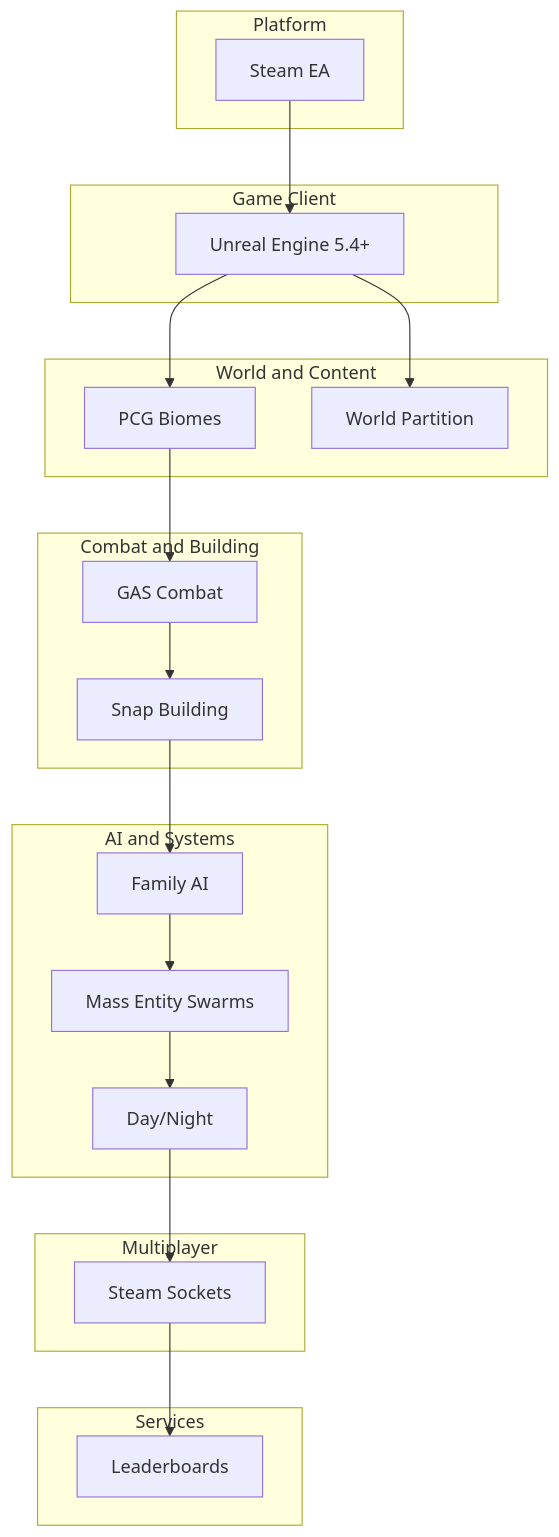
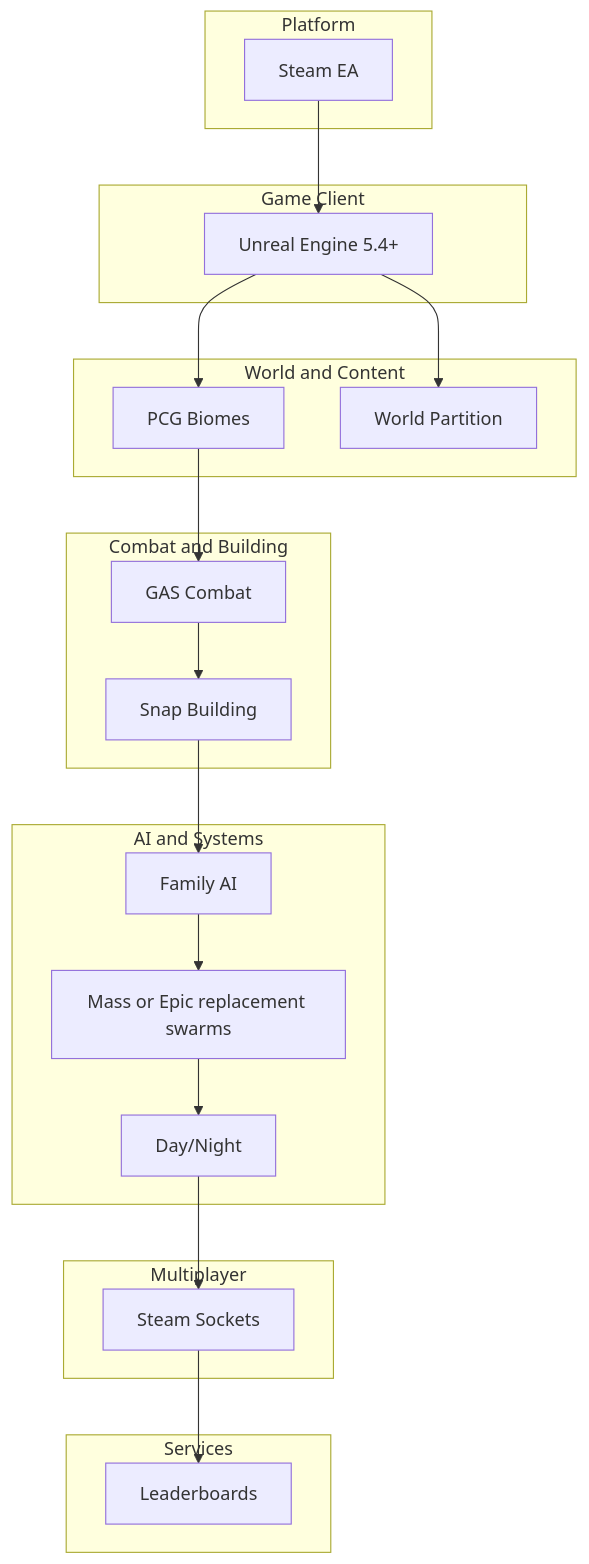
One commit to XylarDark/HomeWorld changed the diagram in docs/STACK_PLAN.md. Above: the diagram before and after it, drawn with Mermaid. The commit also changed other lines of this file and 16 other files, not shown here.

Commit message:
PCG exclusion zones, tutorial, MassEntity removal, batch/docs, character camera

````diff
--- a/docs/STACK_PLAN.md
+++ b/docs/STACK_PLAN.md
@@ -9,37 +9,37 @@
 ```mermaid
 flowchart TB
   subgraph platform [Platform]
     Steam[Steam EA]
   end
   subgraph client [Game Client]
     UE[Unreal Engine 5.4+]
   end
   subgraph world [World and Content]
     PCG[PCG Biomes]
     WP[World Partition]
   end
   subgraph gameplay [Combat and Building]
     GAS[GAS Combat]
     Build[Snap Building]
   end
   subgraph ai [AI and Systems]
     FamilyAI[Family AI]
-    Mass[Mass Entity Swarms]
+    Mass[Mass or Epic replacement swarms]
     DayNight[Day/Night]
   end
   subgraph net [Multiplayer]
     SteamSockets[Steam Sockets]
   end
   subgraph services [Services]
     Leaderboards[Leaderboards]
   end
   Steam --> UE --> PCG
   UE --> WP
   PCG --> GAS
   GAS --> Build
   Build --> FamilyAI
   FamilyAI --> Mass
   Mass --> DayNight
   DayNight --> SteamSockets
   SteamSockets --> Leaderboards
 ```
````
